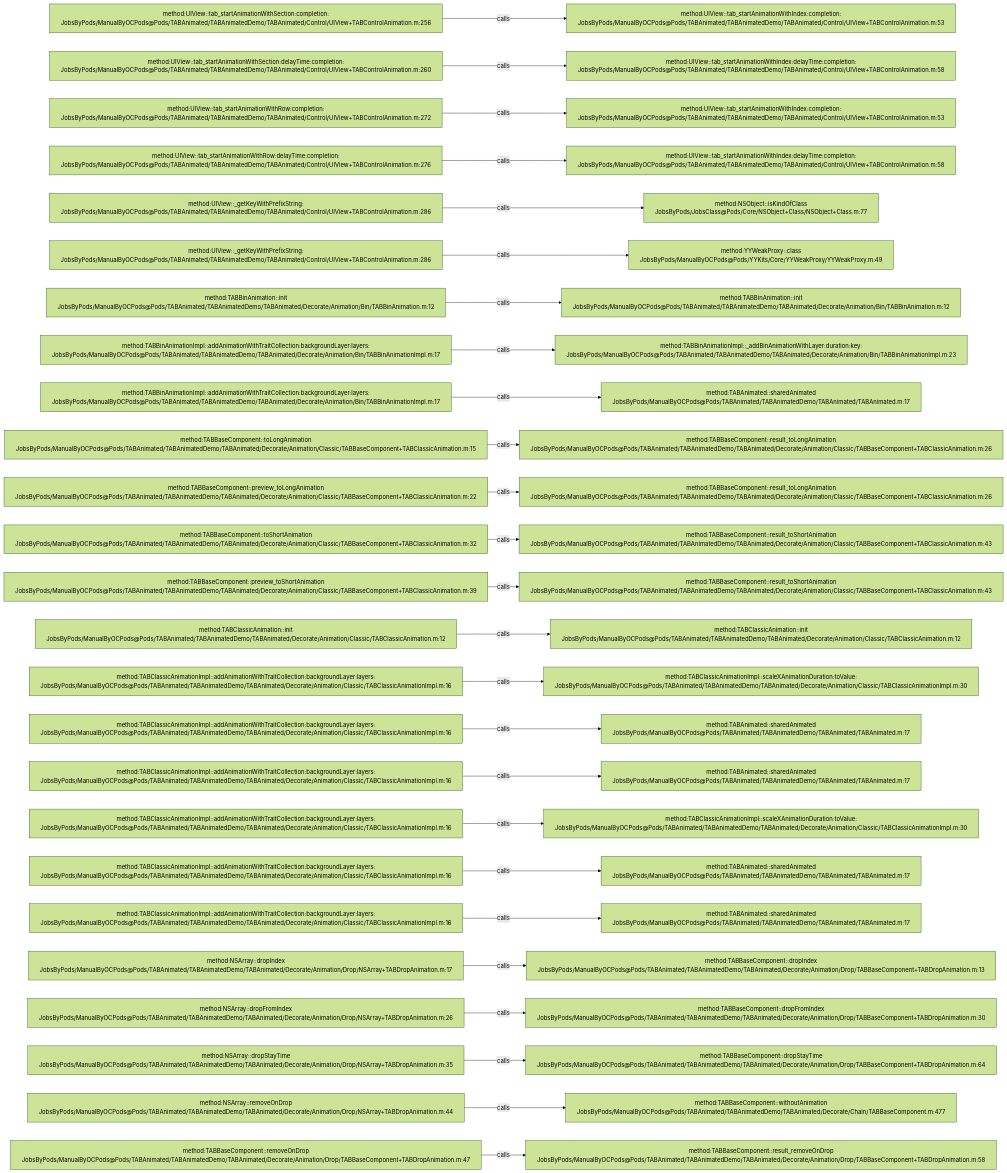
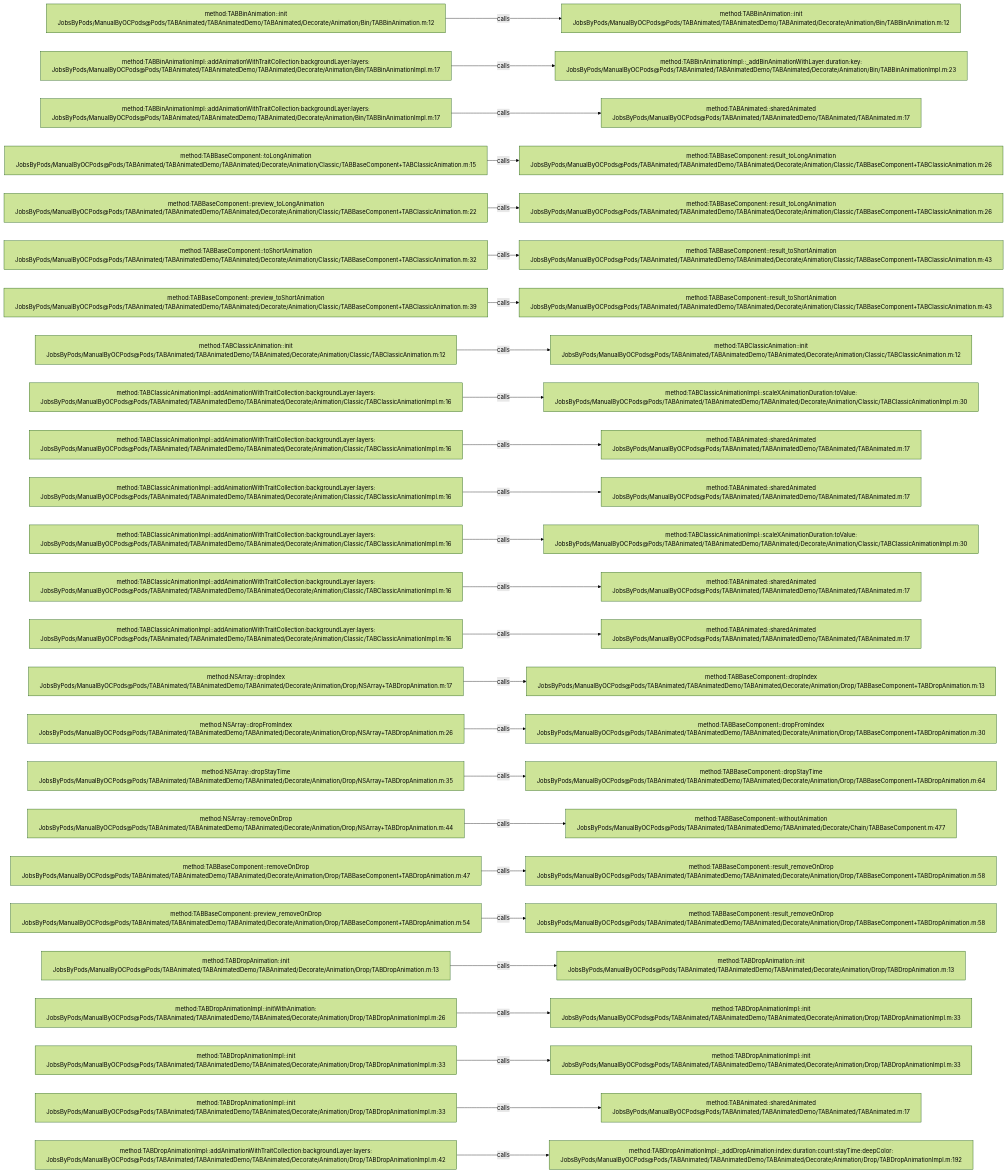
Before and after one commit to JobsKits/JobsOCBaseConfigDemo: the diagram in .codegraph/codegraph.md/graphs/calls-020.md, drawn with Mermaid (forest theme). The commit also changed 666 other files, not shown here.

````diff
--- a/.codegraph/codegraph.md/graphs/calls-020.md
+++ b/.codegraph/codegraph.md/graphs/calls-020.md
@@ -13,78 +13,78 @@
 ```mermaid
 flowchart LR
-  S1["method:UIView::tab_startAnimationWithSection:completion:<br/>JobsByPods/ManualByOCPods@Pods/TABAnimated/TABAnimatedDemo/TABAnimated/Control/UIView+TABControlAnimation.m:256"]
-  T1["method:UIView::tab_startAnimationWithIndex:completion:<br/>JobsByPods/ManualByOCPods@Pods/TABAnimated/TABAnimatedDemo/TABAnimated/Control/UIView+TABControlAnimation.m:53"]
+  S1["method:TABBinAnimation::init<br/>JobsByPods/ManualByOCPods@Pods/TABAnimated/TABAnimatedDemo/TABAnimated/Decorate/Animation/Bin/TABBinAnimation.m:12"]
+  T1["method:TABBinAnimation::init<br/>JobsByPods/ManualByOCPods@Pods/TABAnimated/TABAnimatedDemo/TABAnimated/Decorate/Animation/Bin/TABBinAnimation.m:12"]
   S1 -->|calls| T1
-  S2["method:UIView::tab_startAnimationWithSection:delayTime:completion:<br/>JobsByPods/ManualByOCPods@Pods/TABAnimated/TABAnimatedDemo/TABAnimated/Control/UIView+TABControlAnimation.m:260"]
-  T2["method:UIView::tab_startAnimationWithIndex:delayTime:completion:<br/>JobsByPods/ManualByOCPods@Pods/TABAnimated/TABAnimatedDemo/TABAnimated/Control/UIView+TABControlAnimation.m:58"]
+  S2["method:TABBinAnimationImpl::addAnimationWithTraitCollection:backgroundLayer:layers:<br/>JobsByPods/ManualByOCPods@Pods/TABAnimated/TABAnimatedDemo/TABAnimated/Decorate/Animation/Bin/TABBinAnimationImpl.m:17"]
+  T2["method:TABBinAnimationImpl::_addBinAnimationWithLayer:duration:key:<br/>JobsByPods/ManualByOCPods@Pods/TABAnimated/TABAnimatedDemo/TABAnimated/Decorate/Animation/Bin/TABBinAnimationImpl.m:23"]
   S2 -->|calls| T2
-  S3["method:UIView::tab_startAnimationWithRow:completion:<br/>JobsByPods/ManualByOCPods@Pods/TABAnimated/TABAnimatedDemo/TABAnimated/Control/UIView+TABControlAnimation.m:272"]
-  T3["method:UIView::tab_startAnimationWithIndex:completion:<br/>JobsByPods/ManualByOCPods@Pods/TABAnimated/TABAnimatedDemo/TABAnimated/Control/UIView+TABControlAnimation.m:53"]
+  S3["method:TABBinAnimationImpl::addAnimationWithTraitCollection:backgroundLayer:layers:<br/>JobsByPods/ManualByOCPods@Pods/TABAnimated/TABAnimatedDemo/TABAnimated/Decorate/Animation/Bin/TABBinAnimationImpl.m:17"]
+  T3["method:TABAnimated::sharedAnimated<br/>JobsByPods/ManualByOCPods@Pods/TABAnimated/TABAnimatedDemo/TABAnimated/TABAnimated.m:17"]
   S3 -->|calls| T3
-  S4["method:UIView::tab_startAnimationWithRow:delayTime:completion:<br/>JobsByPods/ManualByOCPods@Pods/TABAnimated/TABAnimatedDemo/TABAnimated/Control/UIView+TABControlAnimation.m:276"]
-  T4["method:UIView::tab_startAnimationWithIndex:delayTime:completion:<br/>JobsByPods/ManualByOCPods@Pods/TABAnimated/TABAnimatedDemo/TABAnimated/Control/UIView+TABControlAnimation.m:58"]
+  S4["method:TABBaseComponent::toLongAnimation<br/>JobsByPods/ManualByOCPods@Pods/TABAnimated/TABAnimatedDemo/TABAnimated/Decorate/Animation/Classic/TABBaseComponent+TABClassicAnimation.m:15"]
+  T4["method:TABBaseComponent::result_toLongAnimation<br/>JobsByPods/ManualByOCPods@Pods/TABAnimated/TABAnimatedDemo/TABAnimated/Decorate/Animation/Classic/TABBaseComponent+TABClassicAnimation.m:26"]
   S4 -->|calls| T4
-  S5["method:UIView::_getKeyWithPrefixString:<br/>JobsByPods/ManualByOCPods@Pods/TABAnimated/TABAnimatedDemo/TABAnimated/Control/UIView+TABControlAnimation.m:286"]
-  T5["method:NSObject::isKindOfClass<br/>JobsByPods/JobsClass@Pods/Core/NSObject+Class/NSObject+Class.m:77"]
+  S5["method:TABBaseComponent::preview_toLongAnimation<br/>JobsByPods/ManualByOCPods@Pods/TABAnimated/TABAnimatedDemo/TABAnimated/Decorate/Animation/Classic/TABBaseComponent+TABClassicAnimation.m:22"]
+  T5["method:TABBaseComponent::result_toLongAnimation<br/>JobsByPods/ManualByOCPods@Pods/TABAnimated/TABAnimatedDemo/TABAnimated/Decorate/Animation/Classic/TABBaseComponent+TABClassicAnimation.m:26"]
   S5 -->|calls| T5
-  S6["method:UIView::_getKeyWithPrefixString:<br/>JobsByPods/ManualByOCPods@Pods/TABAnimated/TABAnimatedDemo/TABAnimated/Control/UIView+TABControlAnimation.m:286"]
-  T6["method:YYWeakProxy::class<br/>JobsByPods/ManualByOCPods@Pods/YYKits/Core/YYWeakProxy/YYWeakProxy.m:49"]
+  S6["method:TABBaseComponent::toShortAnimation<br/>JobsByPods/ManualByOCPods@Pods/TABAnimated/TABAnimatedDemo/TABAnimated/Decorate/Animation/Classic/TABBaseComponent+TABClassicAnimation.m:32"]
+  T6["method:TABBaseComponent::result_toShortAnimation<br/>JobsByPods/ManualByOCPods@Pods/TABAnimated/TABAnimatedDemo/TABAnimated/Decorate/Animation/Classic/TABBaseComponent+TABClassicAnimation.m:43"]
   S6 -->|calls| T6
-  S7["method:TABBinAnimation::init<br/>JobsByPods/ManualByOCPods@Pods/TABAnimated/TABAnimatedDemo/TABAnimated/Decorate/Animation/Bin/TABBinAnimation.m:12"]
-  T7["method:TABBinAnimation::init<br/>JobsByPods/ManualByOCPods@Pods/TABAnimated/TABAnimatedDemo/TABAnimated/Decorate/Animation/Bin/TABBinAnimation.m:12"]
+  S7["method:TABBaseComponent::preview_toShortAnimation<br/>JobsByPods/ManualByOCPods@Pods/TABAnimated/TABAnimatedDemo/TABAnimated/Decorate/Animation/Classic/TABBaseComponent+TABClassicAnimation.m:39"]
+  T7["method:TABBaseComponent::result_toShortAnimation<br/>JobsByPods/ManualByOCPods@Pods/TABAnimated/TABAnimatedDemo/TABAnimated/Decorate/Animation/Classic/TABBaseComponent+TABClassicAnimation.m:43"]
   S7 -->|calls| T7
-  S8["method:TABBinAnimationImpl::addAnimationWithTraitCollection:backgroundLayer:layers:<br/>JobsByPods/ManualByOCPods@Pods/TABAnimated/TABAnimatedDemo/TABAnimated/Decorate/Animation/Bin/TABBinAnimationImpl.m:17"]
-  T8["method:TABBinAnimationImpl::_addBinAnimationWithLayer:duration:key:<br/>JobsByPods/ManualByOCPods@Pods/TABAnimated/TABAnimatedDemo/TABAnimated/Decorate/Animation/Bin/TABBinAnimationImpl.m:23"]
+  S8["method:TABClassicAnimation::init<br/>JobsByPods/ManualByOCPods@Pods/TABAnimated/TABAnimatedDemo/TABAnimated/Decorate/Animation/Classic/TABClassicAnimation.m:12"]
+  T8["method:TABClassicAnimation::init<br/>JobsByPods/ManualByOCPods@Pods/TABAnimated/TABAnimatedDemo/TABAnimated/Decorate/Animation/Classic/TABClassicAnimation.m:12"]
   S8 -->|calls| T8
-  S9["method:TABBinAnimationImpl::addAnimationWithTraitCollection:backgroundLayer:layers:<br/>JobsByPods/ManualByOCPods@Pods/TABAnimated/TABAnimatedDemo/TABAnimated/Decorate/Animation/Bin/TABBinAnimationImpl.m:17"]
-  T9["method:TABAnimated::sharedAnimated<br/>JobsByPods/ManualByOCPods@Pods/TABAnimated/TABAnimatedDemo/TABAnimated/TABAnimated.m:17"]
+  S9["method:TABClassicAnimationImpl::addAnimationWithTraitCollection:backgroundLayer:layers:<br/>JobsByPods/ManualByOCPods@Pods/TABAnimated/TABAnimatedDemo/TABAnimated/Decorate/Animation/Classic/TABClassicAnimationImpl.m:16"]
+  T9["method:TABClassicAnimationImpl::scaleXAnimationDuration:toValue:<br/>JobsByPods/ManualByOCPods@Pods/TABAnimated/TABAnimatedDemo/TABAnimated/Decorate/Animation/Classic/TABClassicAnimationImpl.m:30"]
   S9 -->|calls| T9
-  S10["method:TABBaseComponent::toLongAnimation<br/>JobsByPods/ManualByOCPods@Pods/TABAnimated/TABAnimatedDemo/TABAnimated/Decorate/Animation/Classic/TABBaseComponent+TABClassicAnimation.m:15"]
-  T10["method:TABBaseComponent::result_toLongAnimation<br/>JobsByPods/ManualByOCPods@Pods/TABAnimated/TABAnimatedDemo/TABAnimated/Decorate/Animation/Classic/TABBaseComponent+TABClassicAnimation.m:26"]
+  S10["method:TABClassicAnimationImpl::addAnimationWithTraitCollection:backgroundLayer:layers:<br/>JobsByPods/ManualByOCPods@Pods/TABAnimated/TABAnimatedDemo/TABAnimated/Decorate/Animation/Classic/TABClassicAnimationImpl.m:16"]
+  T10["method:TABAnimated::sharedAnimated<br/>JobsByPods/ManualByOCPods@Pods/TABAnimated/TABAnimatedDemo/TABAnimated/TABAnimated.m:17"]
   S10 -->|calls| T10
-  S11["method:TABBaseComponent::preview_toLongAnimation<br/>JobsByPods/ManualByOCPods@Pods/TABAnimated/TABAnimatedDemo/TABAnimated/Decorate/Animation/Classic/TABBaseComponent+TABClassicAnimation.m:22"]
-  T11["method:TABBaseComponent::result_toLongAnimation<br/>JobsByPods/ManualByOCPods@Pods/TABAnimated/TABAnimatedDemo/TABAnimated/Decorate/Animation/Classic/TABBaseComponent+TABClassicAnimation.m:26"]
+  S11["method:TABClassicAnimationImpl::addAnimationWithTraitCollection:backgroundLayer:layers:<br/>JobsByPods/ManualByOCPods@Pods/TABAnimated/TABAnimatedDemo/TABAnimated/Decorate/Animation/Classic/TABClassicAnimationImpl.m:16"]
+  T11["method:TABAnimated::sharedAnimated<br/>JobsByPods/ManualByOCPods@Pods/TABAnimated/TABAnimatedDemo/TABAnimated/TABAnimated.m:17"]
   S11 -->|calls| T11
-  S12["method:TABBaseComponent::toShortAnimation<br/>JobsByPods/ManualByOCPods@Pods/TABAnimated/TABAnimatedDemo/TABAnimated/Decorate/Animation/Classic/TABBaseComponent+TABClassicAnimation.m:32"]
-  T12["method:TABBaseComponent::result_toShortAnimation<br/>JobsByPods/ManualByOCPods@Pods/TABAnimated/TABAnimatedDemo/TABAnimated/Decorate/Animation/Classic/TABBaseComponent+TABClassicAnimation.m:43"]
+  S12["method:TABClassicAnimationImpl::addAnimationWithTraitCollection:backgroundLayer:layers:<br/>JobsByPods/ManualByOCPods@Pods/TABAnimated/TABAnimatedDemo/TABAnimated/Decorate/Animation/Classic/TABClassicAnimationImpl.m:16"]
+  T12["method:TABClassicAnimationImpl::scaleXAnimationDuration:toValue:<br/>JobsByPods/ManualByOCPods@Pods/TABAnimated/TABAnimatedDemo/TABAnimated/Decorate/Animation/Classic/TABClassicAnimationImpl.m:30"]
   S12 -->|calls| T12
-  S13["method:TABBaseComponent::preview_toShortAnimation<br/>JobsByPods/ManualByOCPods@Pods/TABAnimated/TABAnimatedDemo/TABAnimated/Decorate/Animation/Classic/TABBaseComponent+TABClassicAnimation.m:39"]
-  T13["method:TABBaseComponent::result_toShortAnimation<br/>JobsByPods/ManualByOCPods@Pods/TABAnimated/TABAnimatedDemo/TABAnimated/Decorate/Animation/Classic/TABBaseComponent+TABClassicAnimation.m:43"]
+  S13["method:TABClassicAnimationImpl::addAnimationWithTraitCollection:backgroundLayer:layers:<br/>JobsByPods/ManualByOCPods@Pods/TABAnimated/TABAnimatedDemo/TABAnimated/Decorate/Animation/Classic/TABClassicAnimationImpl.m:16"]
+  T13["method:TABAnimated::sharedAnimated<br/>JobsByPods/ManualByOCPods@Pods/TABAnimated/TABAnimatedDemo/TABAnimated/TABAnimated.m:17"]
   S13 -->|calls| T13
-  S14["method:TABClassicAnimation::init<br/>JobsByPods/ManualByOCPods@Pods/TABAnimated/TABAnimatedDemo/TABAnimated/Decorate/Animation/Classic/TABClassicAnimation.m:12"]
-  T14["method:TABClassicAnimation::init<br/>JobsByPods/ManualByOCPods@Pods/TABAnimated/TABAnimatedDemo/TABAnimated/Decorate/Animation/Classic/TABClassicAnimation.m:12"]
+  S14["method:TABClassicAnimationImpl::addAnimationWithTraitCollection:backgroundLayer:layers:<br/>JobsByPods/ManualByOCPods@Pods/TABAnimated/TABAnimatedDemo/TABAnimated/Decorate/Animation/Classic/TABClassicAnimationImpl.m:16"]
+  T14["method:TABAnimated::sharedAnimated<br/>JobsByPods/ManualByOCPods@Pods/TABAnimated/TABAnimatedDemo/TABAnimated/TABAnimated.m:17"]
   S14 -->|calls| T14
-  S15["method:TABClassicAnimationImpl::addAnimationWithTraitCollection:backgroundLayer:layers:<br/>JobsByPods/ManualByOCPods@Pods/TABAnimated/TABAnimatedDemo/TABAnimated/Decorate/Animation/Classic/TABClassicAnimationImpl.m:16"]
-  T15["method:TABClassicAnimationImpl::scaleXAnimationDuration:toValue:<br/>JobsByPods/ManualByOCPods@Pods/TABAnimated/TABAnimatedDemo/TABAnimated/Decorate/Animation/Classic/TABClassicAnimationImpl.m:30"]
+  S15["method:NSArray::dropIndex<br/>JobsByPods/ManualByOCPods@Pods/TABAnimated/TABAnimatedDemo/TABAnimated/Decorate/Animation/Drop/NSArray+TABDropAnimation.m:17"]
+  T15["method:TABBaseComponent::dropIndex<br/>JobsByPods/ManualByOCPods@Pods/TABAnimated/TABAnimatedDemo/TABAnimated/Decorate/Animation/Drop/TABBaseComponent+TABDropAnimation.m:13"]
   S15 -->|calls| T15
-  S16["method:TABClassicAnimationImpl::addAnimationWithTraitCollection:backgroundLayer:layers:<br/>JobsByPods/ManualByOCPods@Pods/TABAnimated/TABAnimatedDemo/TABAnimated/Decorate/Animation/Classic/TABClassicAnimationImpl.m:16"]
-  T16["method:TABAnimated::sharedAnimated<br/>JobsByPods/ManualByOCPods@Pods/TABAnimated/TABAnimatedDemo/TABAnimated/TABAnimated.m:17"]
+  S16["method:NSArray::dropFromIndex<br/>JobsByPods/ManualByOCPods@Pods/TABAnimated/TABAnimatedDemo/TABAnimated/Decorate/Animation/Drop/NSArray+TABDropAnimation.m:26"]
+  T16["method:TABBaseComponent::dropFromIndex<br/>JobsByPods/ManualByOCPods@Pods/TABAnimated/TABAnimatedDemo/TABAnimated/Decorate/Animation/Drop/TABBaseComponent+TABDropAnimation.m:30"]
   S16 -->|calls| T16
-  S17["method:TABClassicAnimationImpl::addAnimationWithTraitCollection:backgroundLayer:layers:<br/>JobsByPods/ManualByOCPods@Pods/TABAnimated/TABAnimatedDemo/TABAnimated/Decorate/Animation/Classic/TABClassicAnimationImpl.m:16"]
-  T17["method:TABAnimated::sharedAnimated<br/>JobsByPods/ManualByOCPods@Pods/TABAnimated/TABAnimatedDemo/TABAnimated/TABAnimated.m:17"]
+  S17["method:NSArray::dropStayTime<br/>JobsByPods/ManualByOCPods@Pods/TABAnimated/TABAnimatedDemo/TABAnimated/Decorate/Animation/Drop/NSArray+TABDropAnimation.m:35"]
+  T17["method:TABBaseComponent::dropStayTime<br/>JobsByPods/ManualByOCPods@Pods/TABAnimated/TABAnimatedDemo/TABAnimated/Decorate/Animation/Drop/TABBaseComponent+TABDropAnimation.m:64"]
   S17 -->|calls| T17
-  S18["method:TABClassicAnimationImpl::addAnimationWithTraitCollection:backgroundLayer:layers:<br/>JobsByPods/ManualByOCPods@Pods/TABAnimated/TABAnimatedDemo/TABAnimated/Decorate/Animation/Classic/TABClassicAnimationImpl.m:16"]
-  T18["method:TABClassicAnimationImpl::scaleXAnimationDuration:toValue:<br/>JobsByPods/ManualByOCPods@Pods/TABAnimated/TABAnimatedDemo/TABAnimated/Decorate/Animation/Classic/TABClassicAnimationImpl.m:30"]
+  S18["method:NSArray::removeOnDrop<br/>JobsByPods/ManualByOCPods@Pods/TABAnimated/TABAnimatedDemo/TABAnimated/Decorate/Animation/Drop/NSArray+TABDropAnimation.m:44"]
+  T18["method:TABBaseComponent::withoutAnimation<br/>JobsByPods/ManualByOCPods@Pods/TABAnimated/TABAnimatedDemo/TABAnimated/Decorate/Chain/TABBaseComponent.m:477"]
   S18 -->|calls| T18
-  S19["method:TABClassicAnimationImpl::addAnimationWithTraitCollection:backgroundLayer:layers:<br/>JobsByPods/ManualByOCPods@Pods/TABAnimated/TABAnimatedDemo/TABAnimated/Decorate/Animation/Classic/TABClassicAnimationImpl.m:16"]
-  T19["method:TABAnimated::sharedAnimated<br/>JobsByPods/ManualByOCPods@Pods/TABAnimated/TABAnimatedDemo/TABAnimated/TABAnimated.m:17"]
+  S19["method:TABBaseComponent::removeOnDrop<br/>JobsByPods/ManualByOCPods@Pods/TABAnimated/TABAnimatedDemo/TABAnimated/Decorate/Animation/Drop/TABBaseComponent+TABDropAnimation.m:47"]
+  T19["method:TABBaseComponent::result_removeOnDrop<br/>JobsByPods/ManualByOCPods@Pods/TABAnimated/TABAnimatedDemo/TABAnimated/Decorate/Animation/Drop/TABBaseComponent+TABDropAnimation.m:58"]
   S19 -->|calls| T19
-  S20["method:TABClassicAnimationImpl::addAnimationWithTraitCollection:backgroundLayer:layers:<br/>JobsByPods/ManualByOCPods@Pods/TABAnimated/TABAnimatedDemo/TABAnimated/Decorate/Animation/Classic/TABClassicAnimationImpl.m:16"]
-  T20["method:TABAnimated::sharedAnimated<br/>JobsByPods/ManualByOCPods@Pods/TABAnimated/TABAnimatedDemo/TABAnimated/TABAnimated.m:17"]
+  S20["method:TABBaseComponent::preview_removeOnDrop<br/>JobsByPods/ManualByOCPods@Pods/TABAnimated/TABAnimatedDemo/TABAnimated/Decorate/Animation/Drop/TABBaseComponent+TABDropAnimation.m:54"]
+  T20["method:TABBaseComponent::result_removeOnDrop<br/>JobsByPods/ManualByOCPods@Pods/TABAnimated/TABAnimatedDemo/TABAnimated/Decorate/Animation/Drop/TABBaseComponent+TABDropAnimation.m:58"]
   S20 -->|calls| T20
-  S21["method:NSArray::dropIndex<br/>JobsByPods/ManualByOCPods@Pods/TABAnimated/TABAnimatedDemo/TABAnimated/Decorate/Animation/Drop/NSArray+TABDropAnimation.m:17"]
-  T21["method:TABBaseComponent::dropIndex<br/>JobsByPods/ManualByOCPods@Pods/TABAnimated/TABAnimatedDemo/TABAnimated/Decorate/Animation/Drop/TABBaseComponent+TABDropAnimation.m:13"]
+  S21["method:TABDropAnimation::init<br/>JobsByPods/ManualByOCPods@Pods/TABAnimated/TABAnimatedDemo/TABAnimated/Decorate/Animation/Drop/TABDropAnimation.m:13"]
+  T21["method:TABDropAnimation::init<br/>JobsByPods/ManualByOCPods@Pods/TABAnimated/TABAnimatedDemo/TABAnimated/Decorate/Animation/Drop/TABDropAnimation.m:13"]
   S21 -->|calls| T21
-  S22["method:NSArray::dropFromIndex<br/>JobsByPods/ManualByOCPods@Pods/TABAnimated/TABAnimatedDemo/TABAnimated/Decorate/Animation/Drop/NSArray+TABDropAnimation.m:26"]
-  T22["method:TABBaseComponent::dropFromIndex<br/>JobsByPods/ManualByOCPods@Pods/TABAnimated/TABAnimatedDemo/TABAnimated/Decorate/Animation/Drop/TABBaseComponent+TABDropAnimation.m:30"]
+  S22["method:TABDropAnimationImpl::initWithAnimation:<br/>JobsByPods/ManualByOCPods@Pods/TABAnimated/TABAnimatedDemo/TABAnimated/Decorate/Animation/Drop/TABDropAnimationImpl.m:26"]
+  T22["method:TABDropAnimationImpl::init<br/>JobsByPods/ManualByOCPods@Pods/TABAnimated/TABAnimatedDemo/TABAnimated/Decorate/Animation/Drop/TABDropAnimationImpl.m:33"]
   S22 -->|calls| T22
-  S23["method:NSArray::dropStayTime<br/>JobsByPods/ManualByOCPods@Pods/TABAnimated/TABAnimatedDemo/TABAnimated/Decorate/Animation/Drop/NSArray+TABDropAnimation.m:35"]
-  T23["method:TABBaseComponent::dropStayTime<br/>JobsByPods/ManualByOCPods@Pods/TABAnimated/TABAnimatedDemo/TABAnimated/Decorate/Animation/Drop/TABBaseComponent+TABDropAnimation.m:64"]
+  S23["method:TABDropAnimationImpl::init<br/>JobsByPods/ManualByOCPods@Pods/TABAnimated/TABAnimatedDemo/TABAnimated/Decorate/Animation/Drop/TABDropAnimationImpl.m:33"]
+  T23["method:TABDropAnimationImpl::init<br/>JobsByPods/ManualByOCPods@Pods/TABAnimated/TABAnimatedDemo/TABAnimated/Decorate/Animation/Drop/TABDropAnimationImpl.m:33"]
   S23 -->|calls| T23
-  S24["method:NSArray::removeOnDrop<br/>JobsByPods/ManualByOCPods@Pods/TABAnimated/TABAnimatedDemo/TABAnimated/Decorate/Animation/Drop/NSArray+TABDropAnimation.m:44"]
-  T24["method:TABBaseComponent::withoutAnimation<br/>JobsByPods/ManualByOCPods@Pods/TABAnimated/TABAnimatedDemo/TABAnimated/Decorate/Chain/TABBaseComponent.m:477"]
+  S24["method:TABDropAnimationImpl::init<br/>JobsByPods/ManualByOCPods@Pods/TABAnimated/TABAnimatedDemo/TABAnimated/Decorate/Animation/Drop/TABDropAnimationImpl.m:33"]
+  T24["method:TABAnimated::sharedAnimated<br/>JobsByPods/ManualByOCPods@Pods/TABAnimated/TABAnimatedDemo/TABAnimated/TABAnimated.m:17"]
   S24 -->|calls| T24
-  S25["method:TABBaseComponent::removeOnDrop<br/>JobsByPods/ManualByOCPods@Pods/TABAnimated/TABAnimatedDemo/TABAnimated/Decorate/Animation/Drop/TABBaseComponent+TABDropAnimation.m:47"]
-  T25["method:TABBaseComponent::result_removeOnDrop<br/>JobsByPods/ManualByOCPods@Pods/TABAnimated/TABAnimatedDemo/TABAnimated/Decorate/Animation/Drop/TABBaseComponent+TABDropAnimation.m:58"]
+  S25["method:TABDropAnimationImpl::addAnimationWithTraitCollection:backgroundLayer:layers:<br/>JobsByPods/ManualByOCPods@Pods/TABAnimated/TABAnimatedDemo/TABAnimated/Decorate/Animation/Drop/TABDropAnimationImpl.m:42"]
+  T25["method:TABDropAnimationImpl::_addDropAnimation:index:duration:count:stayTime:deepColor:<br/>JobsByPods/ManualByOCPods@Pods/TABAnimated/TABAnimatedDemo/TABAnimated/Decorate/Animation/Drop/TABDropAnimationImpl.m:192"]
   S25 -->|calls| T25
 ```
````
